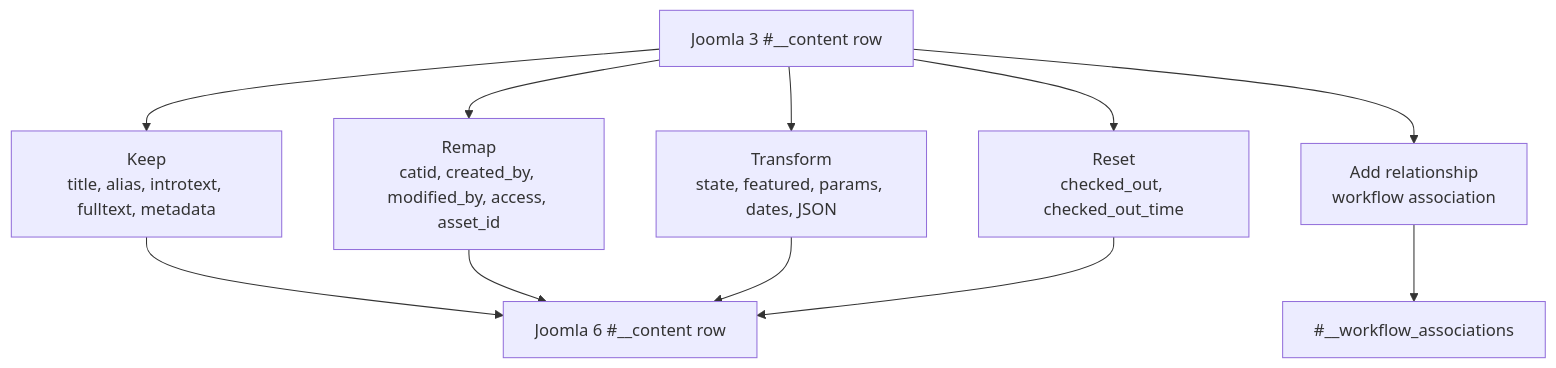
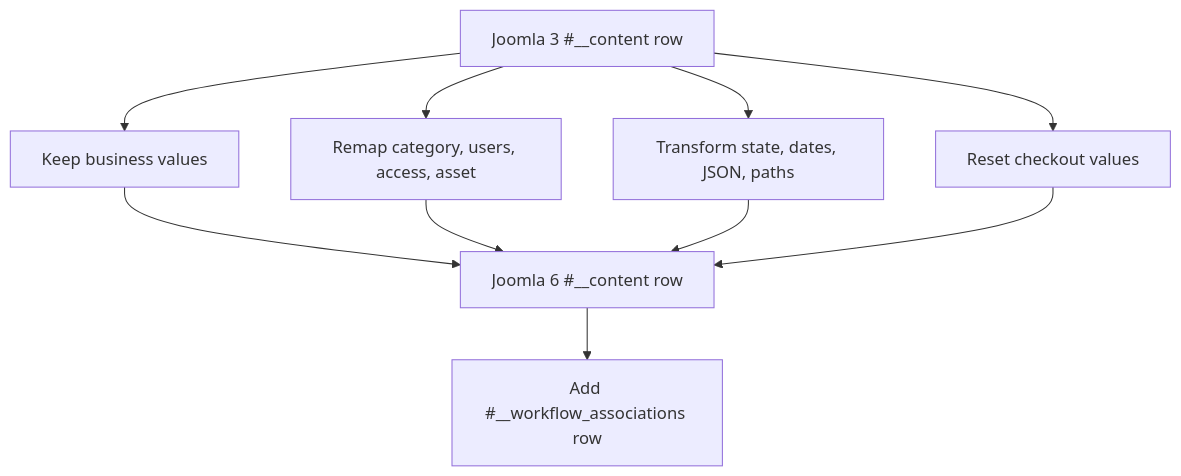
One commit to duyduyly/php-notebook changed the fifth of 21 diagrams in docs/joomla/learning/database/joomla3-vs-joomla6-erd-gap-diagrams.md. Above: the diagram before and after it, drawn with Mermaid. The commit also changed other lines of this file, not shown here.

Commit message:
docs: improve Joomla 3 vs Joomla 6 ERD gap diagrams

````diff
--- a/docs/joomla/learning/database/joomla3-vs-joomla6-erd-gap-diagrams.md
+++ b/docs/joomla/learning/database/joomla3-vs-joomla6-erd-gap-diagrams.md
@@ -188,22 +223,16 @@
 ```mermaid
 flowchart TD
-    J3ARTICLE["Joomla 3 #__content row"]
+    SOURCE["Joomla 3 #__content row"]
 
-    KEEP["Keep\ntitle, alias, introtext, fulltext, metadata"]
-    REMAP["Remap\ncatid, created_by, modified_by, access, asset_id"]
-    TRANSFORM["Transform\nstate, featured, params, dates, JSON"]
-    RESET["Reset\nchecked_out, checked_out_time"]
-    ADD["Add relationship\nworkflow association"]
+    SOURCE --> KEEP["Keep business values"]
+    SOURCE --> REMAP["Remap category, users, access, asset"]
+    SOURCE --> TRANSFORM["Transform state, dates, JSON, paths"]
+    SOURCE --> RESET["Reset checkout values"]
 
-    J3ARTICLE --> KEEP
-    J3ARTICLE --> REMAP
-    J3ARTICLE --> TRANSFORM
-    J3ARTICLE --> RESET
-    J3ARTICLE --> ADD
+    KEEP --> TARGET["Joomla 6 #__content row"]
+    REMAP --> TARGET
+    TRANSFORM --> TARGET
+    RESET --> TARGET
 
-    KEEP --> J6ARTICLE["Joomla 6 #__content row"]
-    REMAP --> J6ARTICLE
-    TRANSFORM --> J6ARTICLE
-    RESET --> J6ARTICLE
-    ADD --> J6WORKFLOW["#__workflow_associations"]
+    TARGET --> ADDWF["Add #__workflow_associations row"]
 ```
````
